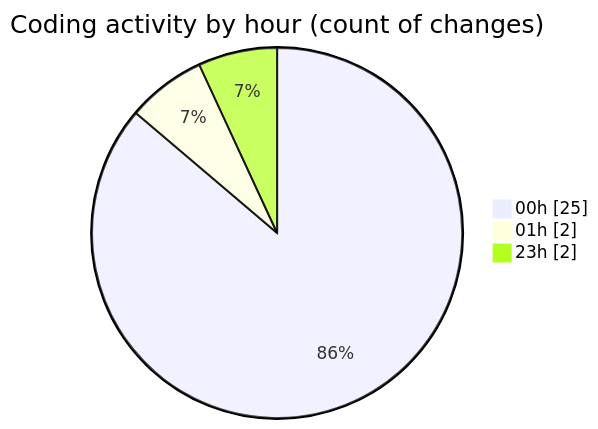
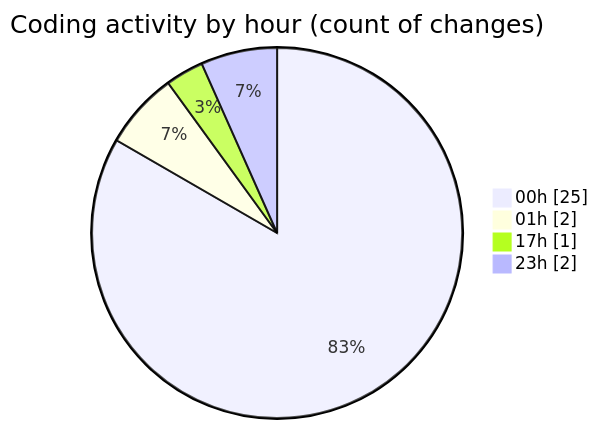
Before and after one commit to lephambinh05/code-tracking: the second of 2 diagrams in 2025-08-19/rentotp/README.md, drawn with Mermaid. The commit also changed other lines of this file and 1 other file, not shown here.

````diff
--- a/2025-08-19/rentotp/README.md
+++ b/2025-08-19/rentotp/README.md
@@ -40,7 +41,8 @@
 ```mermaid
 pie showData
 title Coding activity by hour (count of changes)
 "00h" : 25
 "01h" : 2
+"17h" : 1
 "23h" : 2
 ```
````
